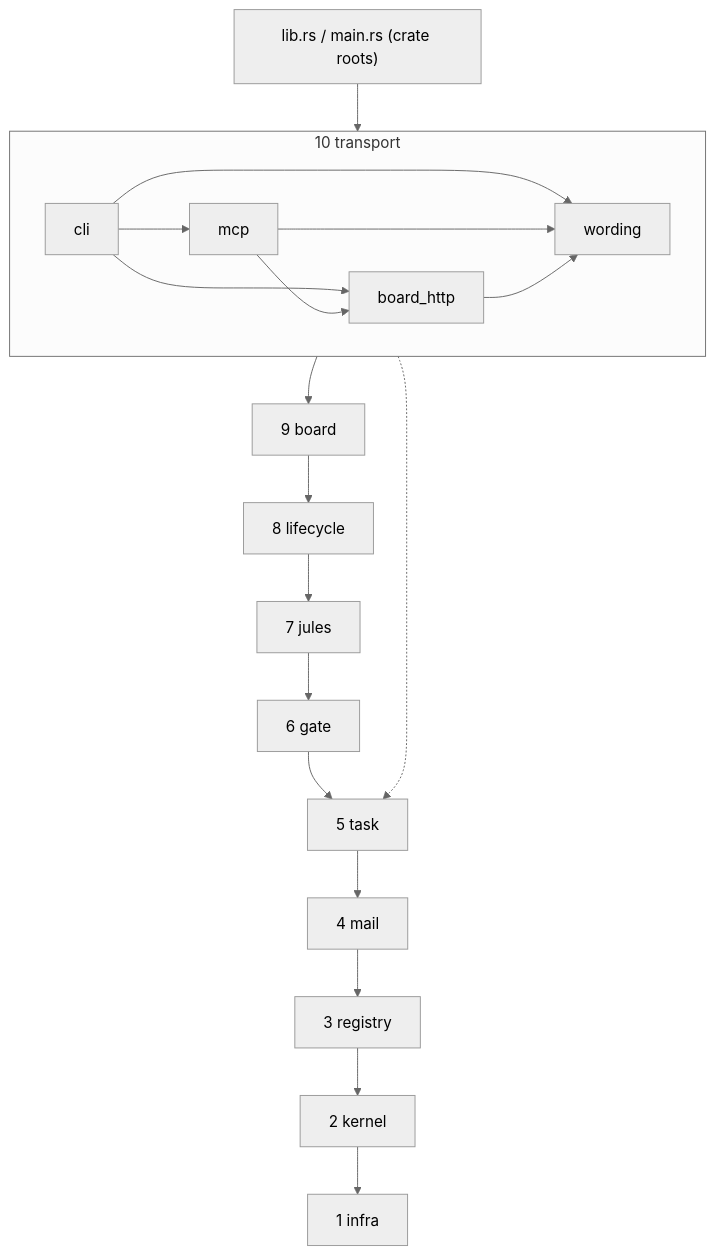
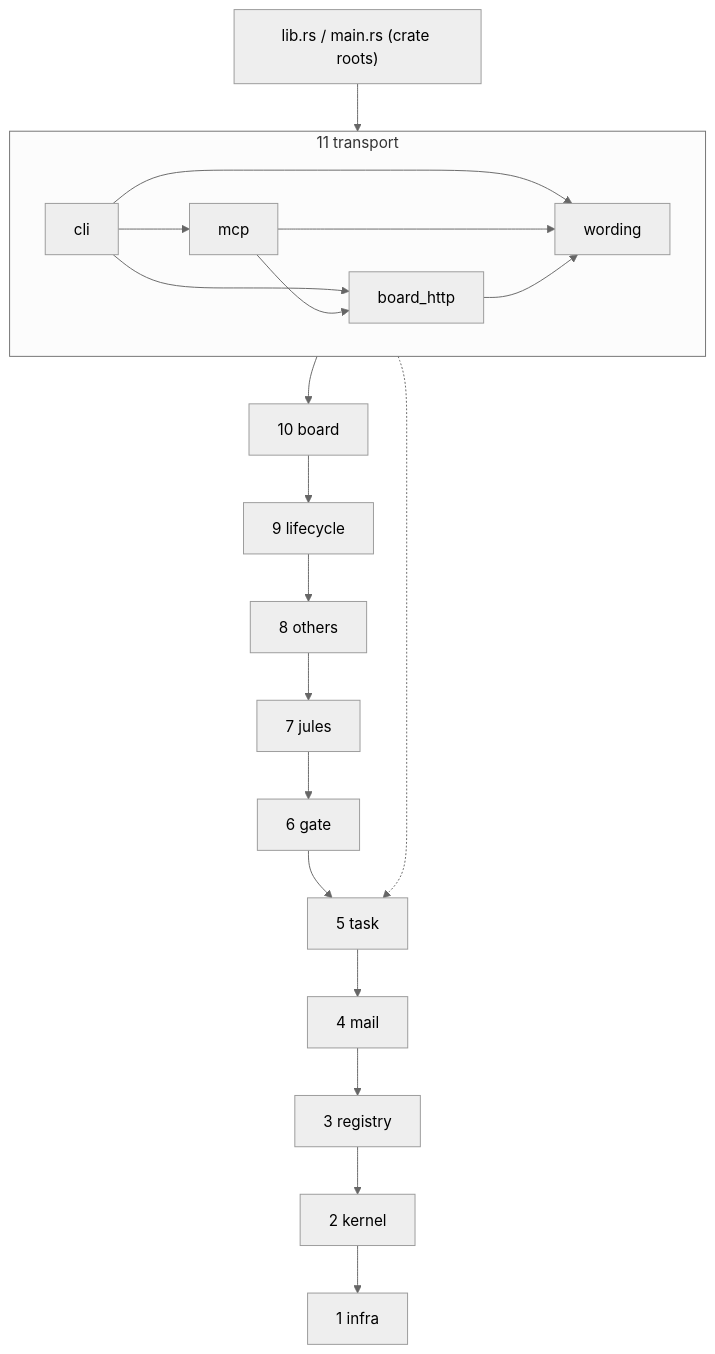
Before and after one commit to syarihu/agent-adjutant: the first of 3 diagrams in docs/architecture.md, drawn with Mermaid (neutral theme). The commit also changed other lines of this file and 20 other files, not shown here.

````diff
--- a/docs/architecture.md
+++ b/docs/architecture.md
@@ -17,37 +17,39 @@
 ```mermaid
 flowchart TB
     roots["lib.rs / main.rs (crate roots)"]
-    subgraph transport_box["10 transport"]
+    subgraph transport_box["11 transport"]
         cli["cli"]
         mcp["mcp"]
         board_http["board_http"]
         wording["wording"]
     end
-    board["9 board"]
-    lifecycle["8 lifecycle"]
+    board["10 board"]
+    lifecycle["9 lifecycle"]
+    others["8 others"]
     jules["7 jules"]
     gate["6 gate"]
     task["5 task"]
     mail["4 mail"]
     registry["3 registry"]
     kernel["2 kernel"]
     infra["1 infra"]
 
     roots --> transport_box
     cli --> mcp
     cli --> board_http
     mcp --> board_http
     cli --> wording
     mcp --> wording
     board_http --> wording
     transport_box --> board
     board --> lifecycle
-    lifecycle --> jules
+    lifecycle --> others
+    others --> jules
     jules --> gate
     gate --> task
     task --> mail
     mail --> registry
     registry --> kernel
     kernel --> infra
     transport_box -.-> task
 ```
````
